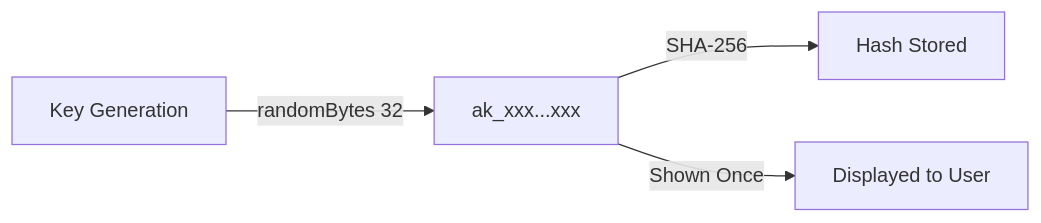
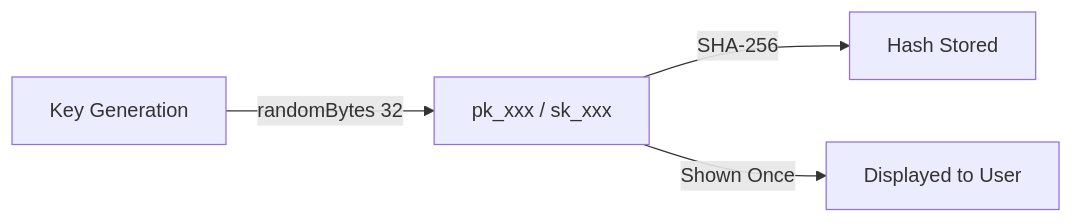
The first of 2 diagrams in en/security/02-api-keys.md (popup-studio-ai/bkend-docs), drawn with Mermaid before and after one commit. The commit also changed other lines of this file and 365 other files, not shown here.

````diff
--- a/en/security/02-api-keys.md
+++ b/en/security/02-api-keys.md
@@ -30,6 +54,6 @@
 ```mermaid
 flowchart LR
-    A[Key Generation] -->|randomBytes 32| B[ak_xxx...xxx]
+    A[Key Generation] -->|randomBytes 32| B["pk_xxx / sk_xxx"]
     B -->|SHA-256| C[Hash Stored]
     B -->|Shown Once| D[Displayed to User]
 ```
````
